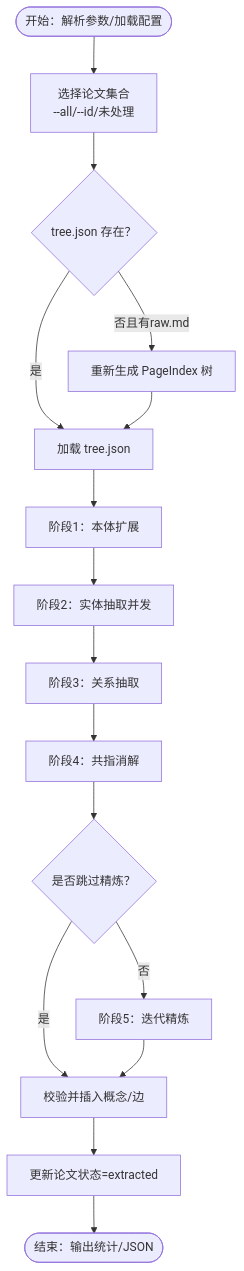
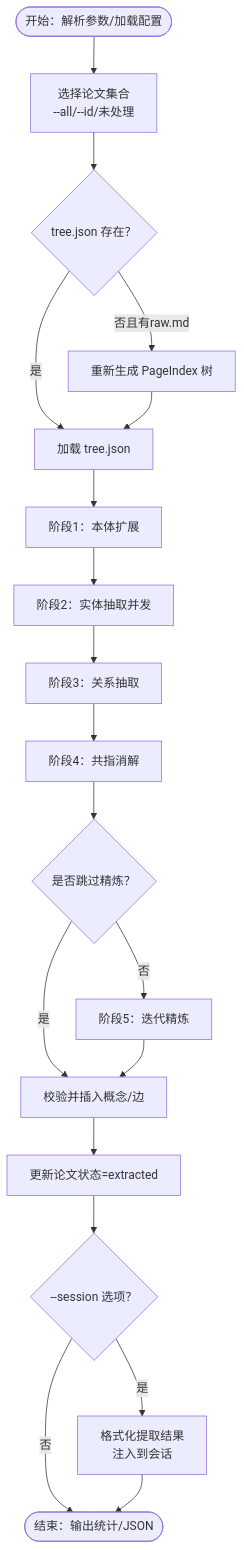
One commit to UynajGI/drbrain changed the third of 6 diagrams in .qoder/repowiki/zh/content/CLI 命令参考/知识构建命令.md. Above: the diagram before and after it, drawn with Mermaid. The commit also changed other lines of this file and 7 other files, not shown here.

````diff
--- a/.qoder/repowiki/zh/content/CLI 命令参考/知识构建命令.md
+++ b/.qoder/repowiki/zh/content/CLI 命令参考/知识构建命令.md
@@ -155,17 +193,20 @@
 ```mermaid
 flowchart TD
 Start(["开始：解析参数/加载配置"]) --> SelectPapers["选择论文集合<br/>--all/--id/未处理"]
 SelectPapers --> HasTree{"tree.json 存在？"}
 HasTree --> |否且有raw.md| RegenerateTree["重新生成 PageIndex 树"]
 HasTree --> |是| LoadTree["加载 tree.json"]
 RegenerateTree --> LoadTree
 LoadTree --> Stage1["阶段1：本体扩展"]
 Stage1 --> Stage2["阶段2：实体抽取并发"]
 Stage2 --> Stage3["阶段3：关系抽取"]
 Stage3 --> Stage4["阶段4：共指消解"]
 Stage4 --> Stage5{"是否跳过精炼？"}
 Stage5 --> |是| ValidateInsert["校验并插入概念/边"]
 Stage5 --> |否| Stage5Refine["阶段5：迭代精炼"] --> ValidateInsert
 ValidateInsert --> UpdateStatus["更新论文状态=extracted"]
-UpdateStatus --> End(["结束：输出统计/JSON"])
+UpdateStatus --> CheckSession{"--session 选项？"}
+CheckSession --> |是| InjectSession["格式化提取结果<br/>注入到会话"]
+CheckSession --> |否| End(["结束：输出统计/JSON"])
+InjectSession --> End
 ```
````
